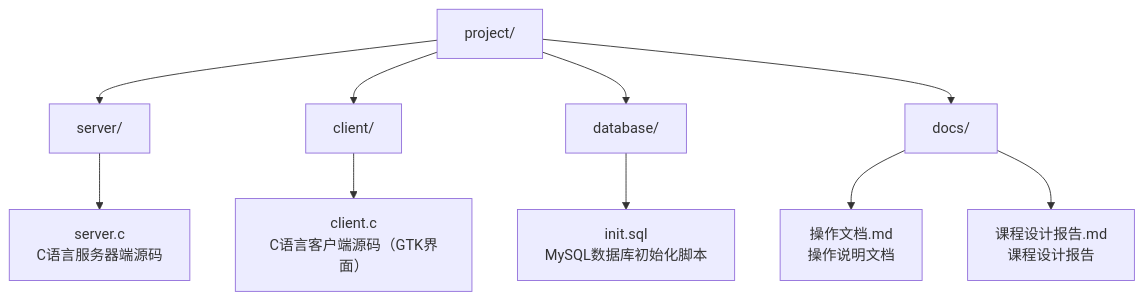
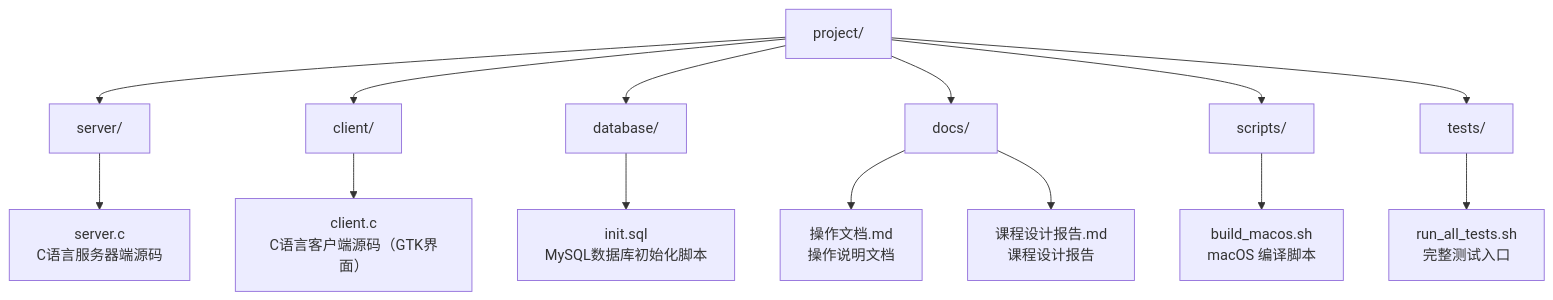
Before and after one commit to ottercoconut/LinuxChat: the second of 2 diagrams in docs/课程设计报告.md, drawn with Mermaid. The commit also changed other lines of this file and 3 other files, not shown here.

````diff
--- a/docs/课程设计报告.md
+++ b/docs/课程设计报告.md
@@ -228,13 +228,17 @@
 ```mermaid
 flowchart TD
     project["project/"]
     project --> server["server/"]
     server --> serverc["server.c<br/>C语言服务器端源码"]
     project --> client["client/"]
     client --> clientc["client.c<br/>C语言客户端源码（GTK界面）"]
     project --> database["database/"]
     database --> initsql["init.sql<br/>MySQL数据库初始化脚本"]
     project --> docs["docs/"]
     docs --> opdoc["操作文档.md<br/>操作说明文档"]
     docs --> report["课程设计报告.md<br/>课程设计报告"]
+    project --> scripts["scripts/"]
+    scripts --> buildmac["build_macos.sh<br/>macOS 编译脚本"]
+    project --> tests["tests/"]
+    tests --> testentry["run_all_tests.sh<br/>完整测试入口"]
 ```
````
